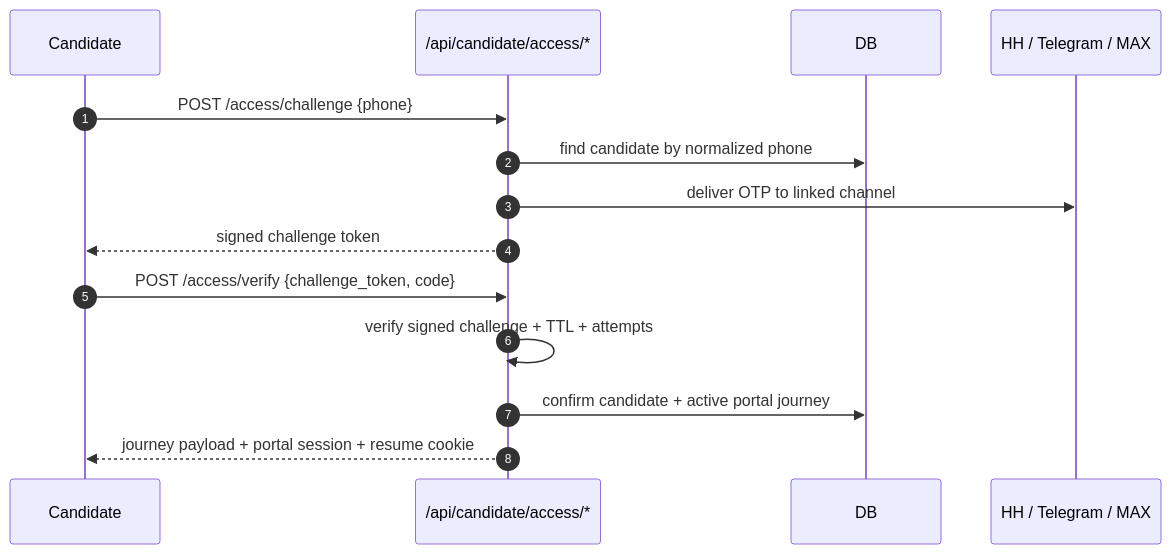
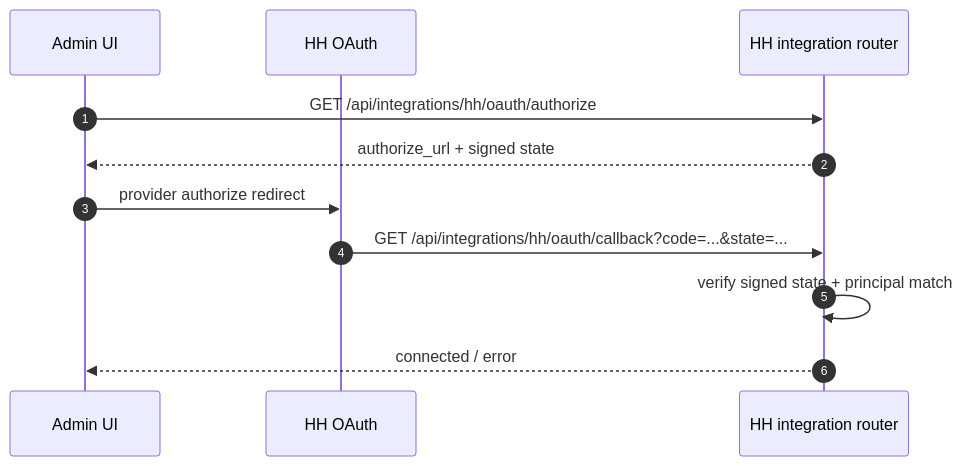
One commit to padka/HR changed the second of 3 diagrams in docs/security/auth-and-token-model.md. Above: the diagram before and after it, drawn with Mermaid. The commit also changed other lines of this file and 234 other files, not shown here.

Commit message:
feat(max): add bounded candidate runtime surfaces

````diff
--- a/docs/security/auth-and-token-model.md
+++ b/docs/security/auth-and-token-model.md
@@ -78,18 +57,14 @@
 ```mermaid
 sequenceDiagram
   autonumber
-  participant U as Candidate
-  participant P as /api/candidate/access/*
-  participant D as DB
-  participant C as HH / Telegram / MAX
+  participant Admin as Admin UI
+  participant HH as HH OAuth
+  participant UI as HH integration router
 
-  U->>P: POST /access/challenge {phone}
-  P->>D: find candidate by normalized phone
-  P->>C: deliver OTP to linked channel
-  P-->>U: signed challenge token
-
-  U->>P: POST /access/verify {challenge_token, code}
-  P->>P: verify signed challenge + TTL + attempts
-  P->>D: confirm candidate + active portal journey
-  P-->>U: journey payload + portal session + resume cookie
+  Admin->>UI: GET /api/integrations/hh/oauth/authorize
+  UI-->>Admin: authorize_url + signed state
+  Admin->>HH: provider authorize redirect
+  HH->>UI: GET /api/integrations/hh/oauth/callback?code=...&state=...
+  UI->>UI: verify signed state + principal match
+  UI-->>Admin: connected / error
 ```
````
